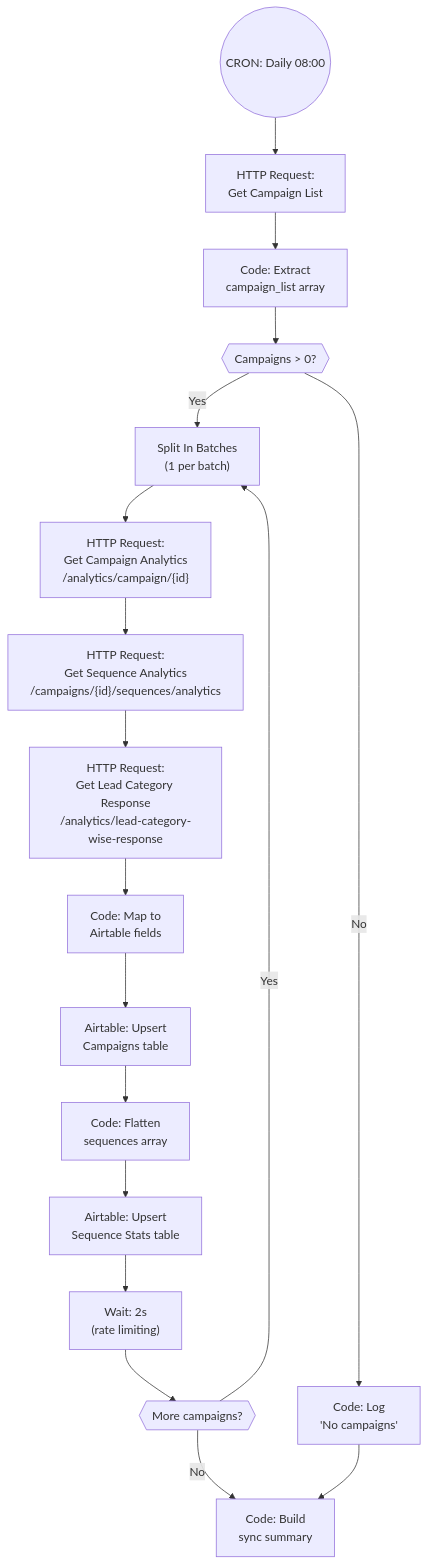
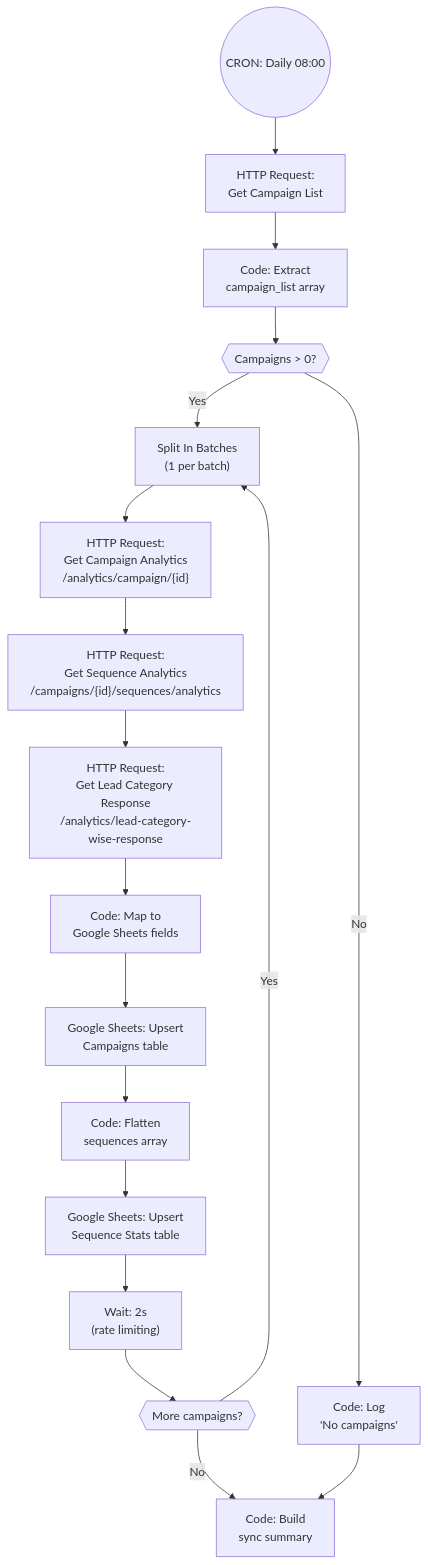
Before and after one commit to 011matthias/agentic-ops1.01: the diagram in workspace/clients/kunde-inc/specs/1-spec/a1-daily-campaign-sync.md, drawn with Mermaid. The commit also changed other lines of this file and 46 other files, not shown here.

First line of the commit message:
Phase 8-9: Infrastructure audit + agent architecture optimization

````diff
--- a/workspace/clients/kunde-inc/specs/1-spec/a1-daily-campaign-sync.md
+++ b/workspace/clients/kunde-inc/specs/1-spec/a1-daily-campaign-sync.md
@@ -53,20 +53,20 @@
 ```mermaid
 flowchart TD
     TRIGGER(("CRON: Daily 08:00")) --> FETCH["HTTP Request:<br/>Get Campaign List"]
     FETCH --> EXTRACT["Code: Extract<br/>campaign_list array"]
     EXTRACT --> CHECK{{"Campaigns > 0?"}}
     CHECK -->|No| LOG["Code: Log<br/>'No campaigns'"]
     CHECK -->|Yes| BATCH["Split In Batches<br/>(1 per batch)"]
     BATCH --> STATS["HTTP Request:<br/>Get Campaign Analytics<br/>/analytics/campaign/{id}"]
     STATS --> SEQ["HTTP Request:<br/>Get Sequence Analytics<br/>/campaigns/{id}/sequences/analytics"]
     SEQ --> LEAD["HTTP Request:<br/>Get Lead Category Response<br/>/analytics/lead-category-wise-response"]
-    LEAD --> MAP["Code: Map to<br/>Airtable fields"]
-    MAP --> UPSERT_C["Airtable: Upsert<br/>Campaigns table"]
+    LEAD --> MAP["Code: Map to<br/>Google Sheets fields"]
+    MAP --> UPSERT_C["Google Sheets: Upsert<br/>Campaigns table"]
     UPSERT_C --> FLATTEN["Code: Flatten<br/>sequences array"]
-    FLATTEN --> UPSERT_S["Airtable: Upsert<br/>Sequence Stats table"]
+    FLATTEN --> UPSERT_S["Google Sheets: Upsert<br/>Sequence Stats table"]
     UPSERT_S --> WAIT["Wait: 2s<br/>(rate limiting)"]
     WAIT --> MORE{{"More campaigns?"}}
     MORE -->|Yes| BATCH
     MORE -->|No| DONE["Code: Build<br/>sync summary"]
     LOG --> DONE
 ```
````
